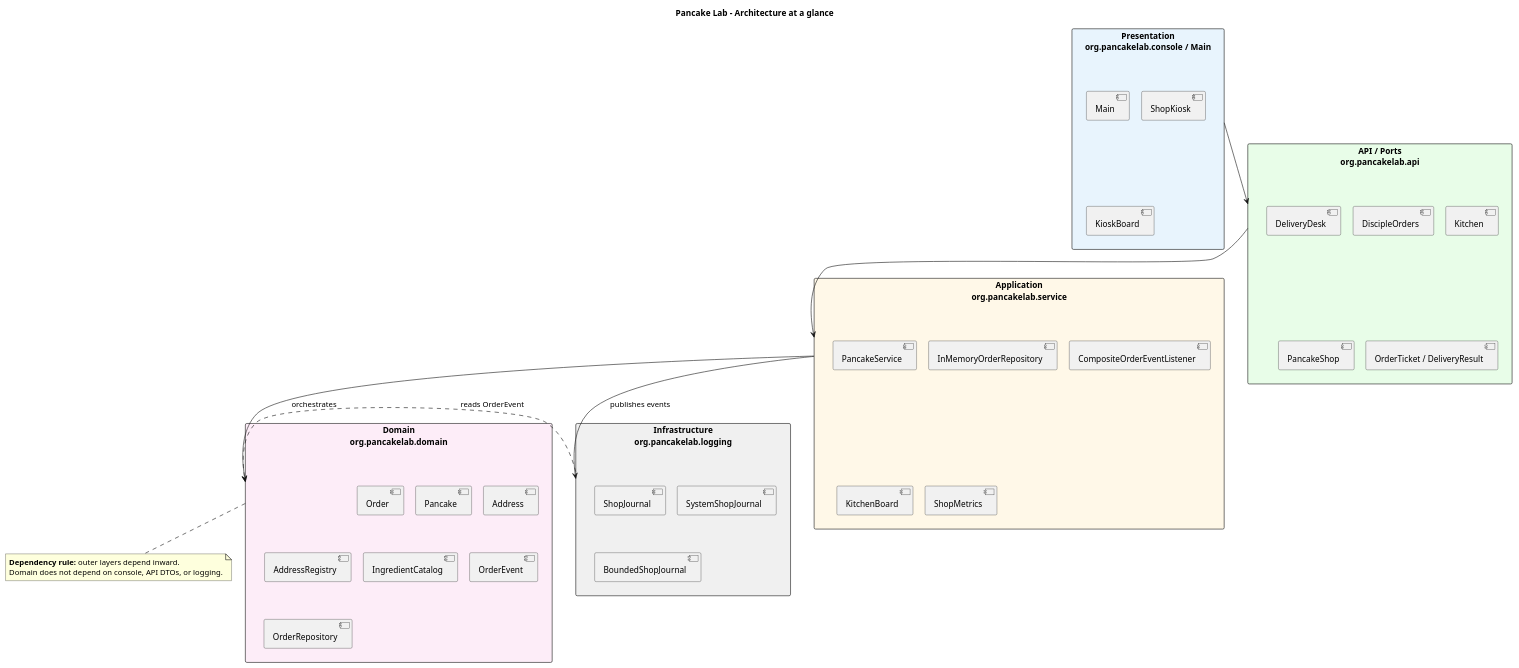
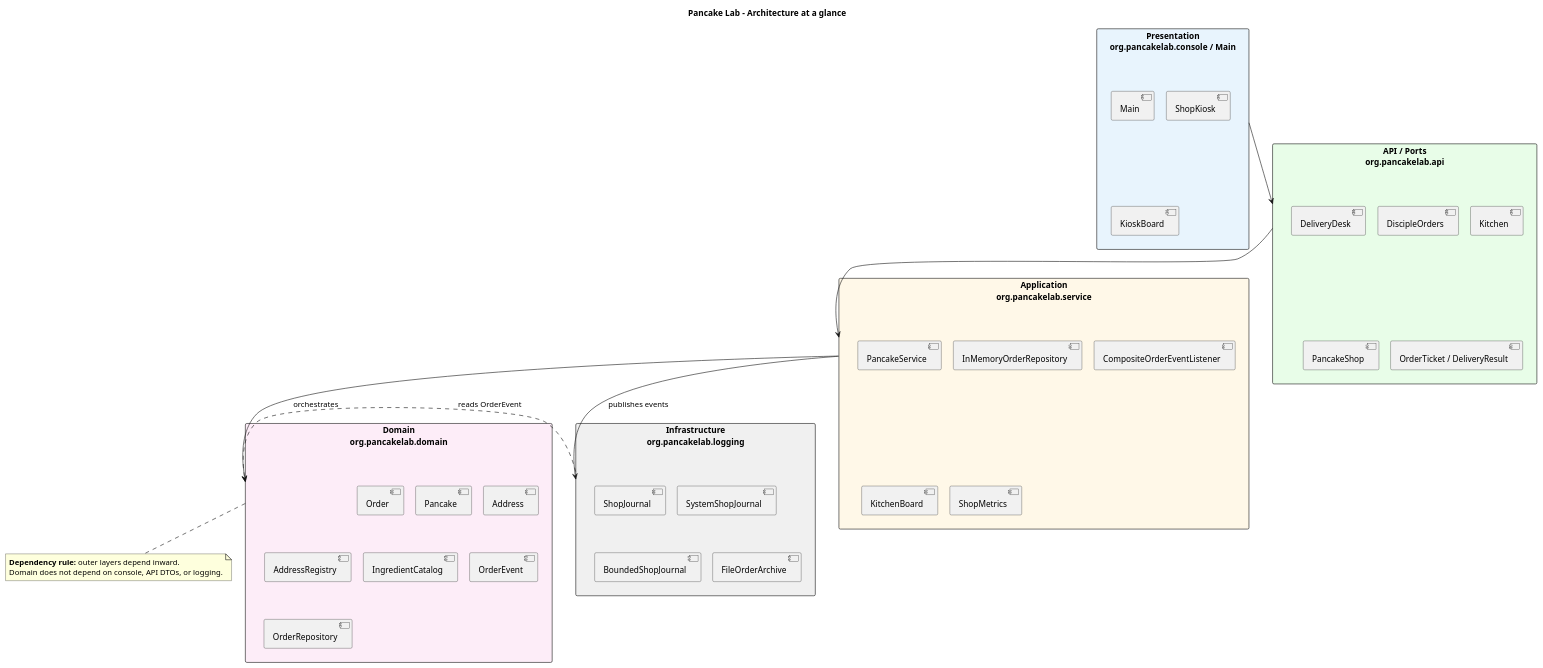
One commit to devnisaev/PancakeLab changed the diagram in docs/architecture-overview.puml. Above: the diagram before and after it, drawn with PlantUML. The commit also changed 14 other files, not shown here.

```diff
--- a/docs/architecture-overview.puml
+++ b/docs/architecture-overview.puml
@@ -1,59 +1,60 @@
 @startuml
 title Pancake Lab - Architecture at a glance
 
 skinparam packageStyle rectangle
 skinparam shadowing false
 skinparam nodesep 20
 skinparam ranksep 30
 top to bottom direction
 
 package "Presentation\norg.pancakelab.console / Main" as presentation #E8F4FD {
   [Main]
   [ShopKiosk]
   [KioskBoard]
 }
 
 package "API / Ports\norg.pancakelab.api" as api #E8FDE8 {
   [DiscipleOrders]
   [Kitchen]
   [DeliveryDesk]
   [PancakeShop]
   [OrderTicket / DeliveryResult]
 }
 
 package "Application\norg.pancakelab.service" as application #FFF8E8 {
   [PancakeService]
   [InMemoryOrderRepository]
   [CompositeOrderEventListener]
   [KitchenBoard]
   [ShopMetrics]
 }
 
 package "Domain\norg.pancakelab.domain" as domain #FDEDF8 {
   [Order]
   [Pancake]
   [Address]
   [AddressRegistry]
   [IngredientCatalog]
   [OrderEvent]
   [OrderRepository]
 }
 
 package "Infrastructure\norg.pancakelab.logging" as infrastructure #F0F0F0 {
   [ShopJournal]
   [SystemShopJournal]
   [BoundedShopJournal]
+  [FileOrderArchive]
 }
 
 presentation -down-> api
 api -down-> application
 application -down-> domain : orchestrates
 application -down-> infrastructure : publishes events
 infrastructure ..> domain : reads OrderEvent
 
 note bottom of domain
   <b>Dependency rule:</b> outer layers depend inward.
   Domain does not depend on console, API DTOs, or logging.
 end note
 
 @enduml
```
